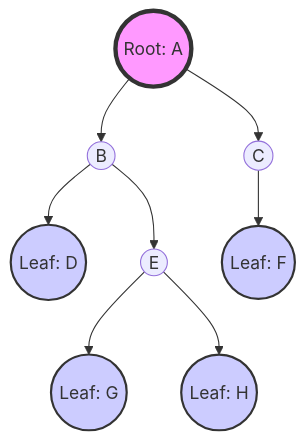
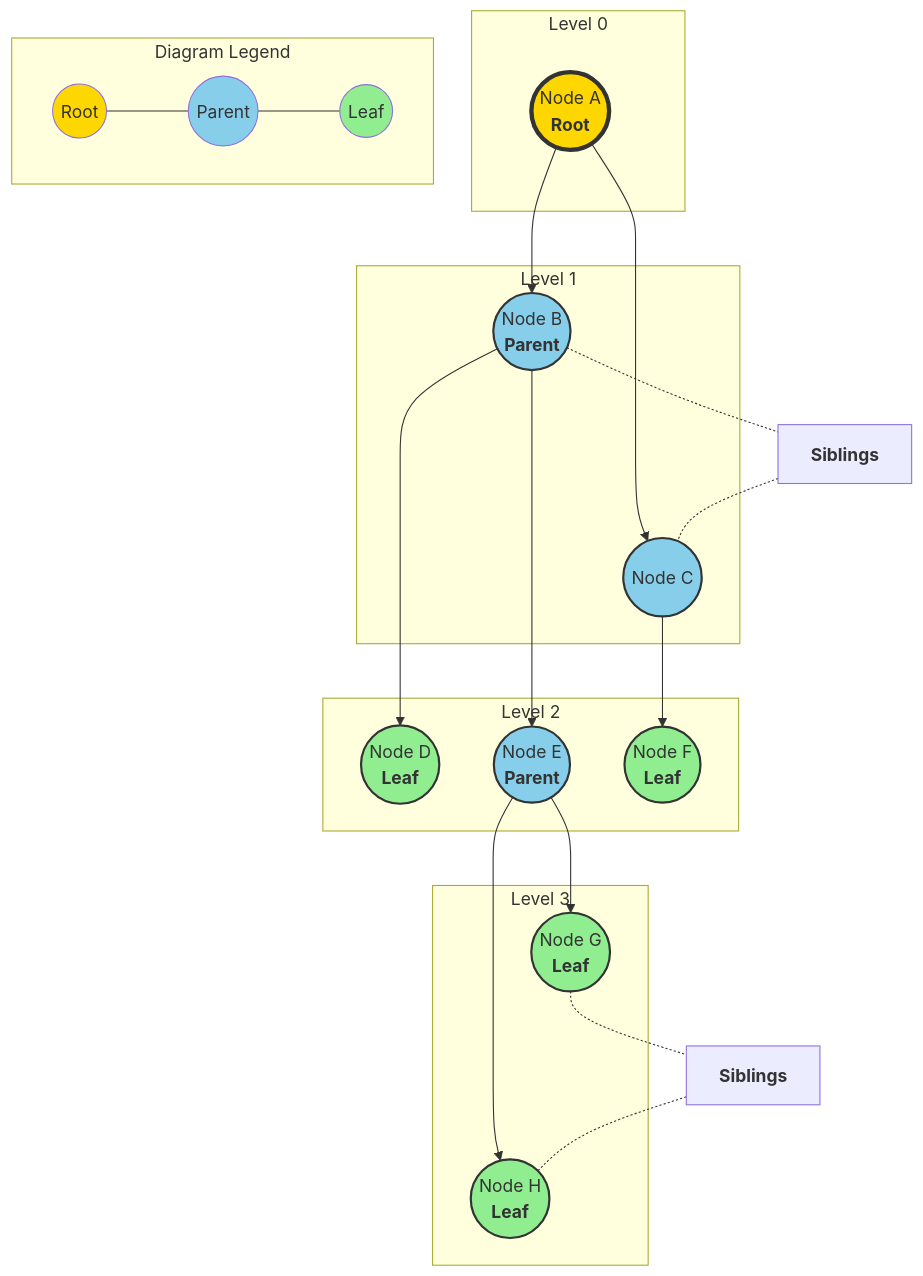
Before and after one commit to ARYAN-KUMAR-22/dsa: the diagram in tree/tree_terminology.md, drawn with Mermaid. The commit also changed other lines of this file, not shown here.

Commit message:
Update tree diagram: Added labels, levels, and legend for clarity

````diff
--- a/tree/tree_terminology.md
+++ b/tree/tree_terminology.md
@@ -9,16 +9,55 @@
 ```mermaid
 graph TD
-    A((Root: A)) --> B((B))
-    A --> C((C))
-    B --> D((Leaf: D))
-    B --> E((E))
-    C --> F((Leaf: F))
-    E --> G((Leaf: G))
-    E --> H((Leaf: H))
+    %% Node Definitions with Labels
+    Root((Node A<br/><b>Root</b>)) --> B((Node B<br/><b>Parent</b>))
+    Root --> C((Node C))
+    
+    B --> D((Node D<br/><b>Leaf</b>))
+    B --> E((Node E<br/><b>Parent</b>))
+    
+    C --> F((Node F<br/><b>Leaf</b>))
+    
+    E --> G((Node G<br/><b>Leaf</b>))
+    E --> H((Node H<br/><b>Leaf</b>))
 
-    style A fill:#f9f,stroke:#333,stroke-width:4px
-    style D fill:#ccf,stroke:#333,stroke-width:2px
-    style F fill:#ccf,stroke:#333,stroke-width:2px
-    style G fill:#ccf,stroke:#333,stroke-width:2px
-    style H fill:#ccf,stroke:#333,stroke-width:2px
+    %% Connections for Siblings
+    B -.- S1[<b>Siblings</b>] -.- C
+    G -.- S2[<b>Siblings</b>] -.- H
+
+    %% Level Indicators (Subgraphs)
+    subgraph L0 [Level 0]
+        Root
+    end
+    subgraph L1 [Level 1]
+        B
+        C
+    end
+    subgraph L2 [Level 2]
+        D
+        E
+        F
+    end
+    subgraph L3 [Level 3]
+        G
+        H
+    end
+
+    %% Styling
+    style Root fill:#FFD700,stroke:#333,stroke-width:4px
+    style B fill:#87CEEB,stroke:#333,stroke-width:2px
+    style C fill:#87CEEB,stroke:#333,stroke-width:2px
+    style D fill:#90EE90,stroke:#333,stroke-width:2px
+    style F fill:#90EE90,stroke:#333,stroke-width:2px
+    style G fill:#90EE90,stroke:#333,stroke-width:2px
+    style H fill:#90EE90,stroke:#333,stroke-width:2px
+    style E fill:#87CEEB,stroke:#333,stroke-width:2px
+    
+    %% Legend
+    subgraph Legend [Diagram Legend]
+        direction LR
+        K1((Root)) --- K2((Parent)) --- K3((Leaf))
+        style K1 fill:#FFD700
+        style K2 fill:#87CEEB
+        style K3 fill:#90EE90
+    end
 ```
````
